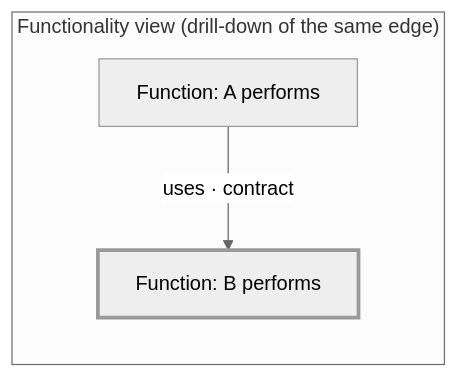
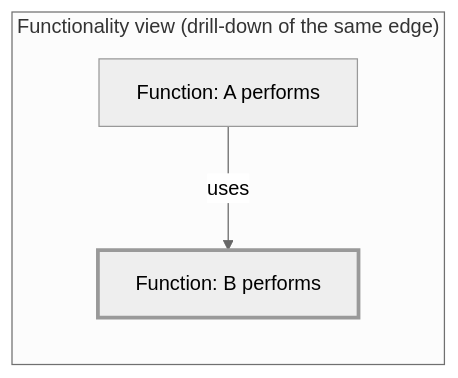
Before and after one commit to mykhailo-kulish/contour: the fourth of 8 diagrams in contour.md, drawn with Mermaid (neutral theme). The commit also changed other lines of this file, not shown here.

````diff
--- a/contour.md
+++ b/contour.md
@@ -311,7 +312,7 @@
 ```mermaid
 graph LR
     subgraph "Functionality view (drill-down of the same edge)"
-        FA[Function: A performs] -->|uses · contract| FB[Function: B performs]:::ext
+        FA[Function: A performs] -->|uses| FB[Function: B performs]:::ext
     end
     classDef ext stroke-width:3px
 ```
````
